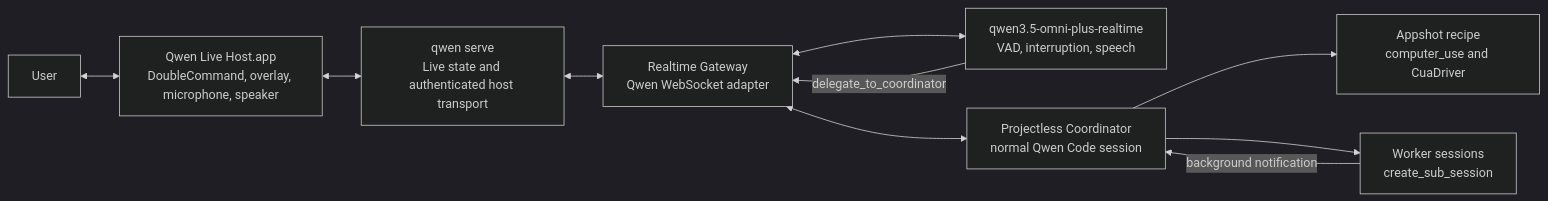
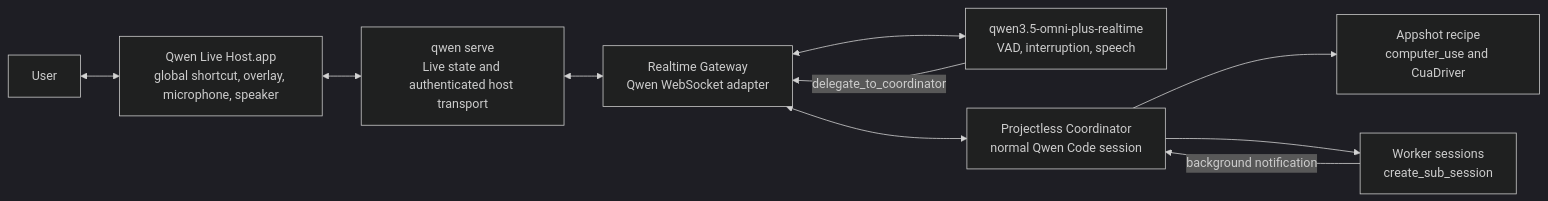
The diagram in docs/design/web-shell-live-voice.md (QwenLM/qwen-code), drawn with Mermaid (dark theme) before and after one commit. The commit also changed other lines of this file and 99 other files, not shown here.

Commit message:
fix(live): align native host and session isolation

````diff
--- a/docs/design/web-shell-live-voice.md
+++ b/docs/design/web-shell-live-voice.md
@@ -111,21 +158,21 @@
 ```mermaid
 flowchart LR
     U["User"]
-    H["Qwen Live Host.app<br/>DoubleCommand, overlay, microphone, speaker"]
+    H["Qwen Live Host.app<br/>global shortcut, overlay, microphone, speaker"]
     D["qwen serve<br/>Live state and authenticated host transport"]
     R["Realtime Gateway<br/>Qwen WebSocket adapter"]
     M["qwen3.5-omni-plus-realtime<br/>VAD, interruption, speech"]
     C["Projectless Coordinator<br/>normal Qwen Code session"]
     A["Appshot recipe<br/>computer_use and CuaDriver"]
     W["Worker sessions<br/>create_sub_session"]
 
     U <--> H
     H <--> D
     D <--> R
     R <--> M
     M -- "delegate_to_coordinator" --> R
     R <--> C
     C --> A
     C --> W
     W -- "background notification" --> C
 ```
````
